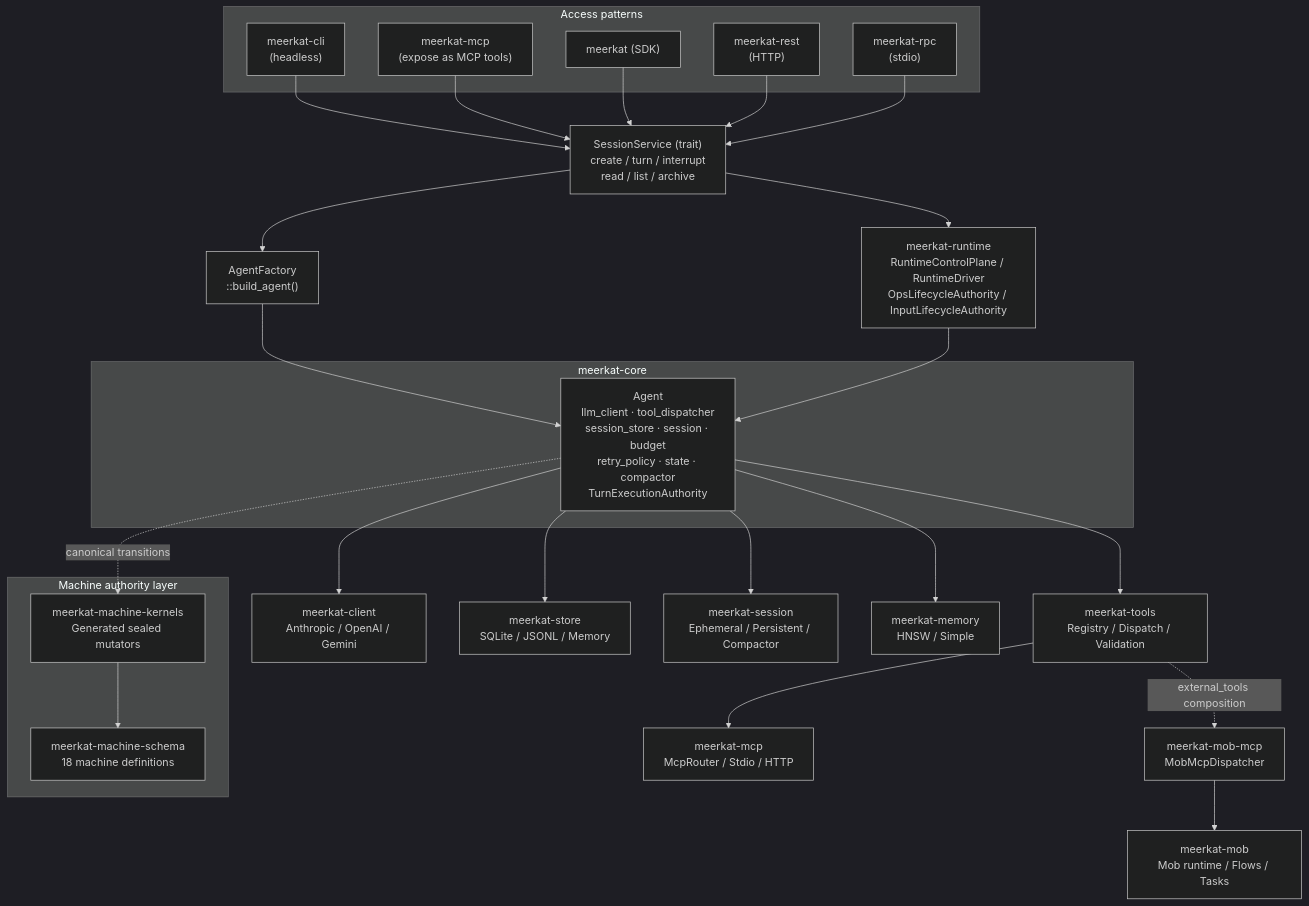
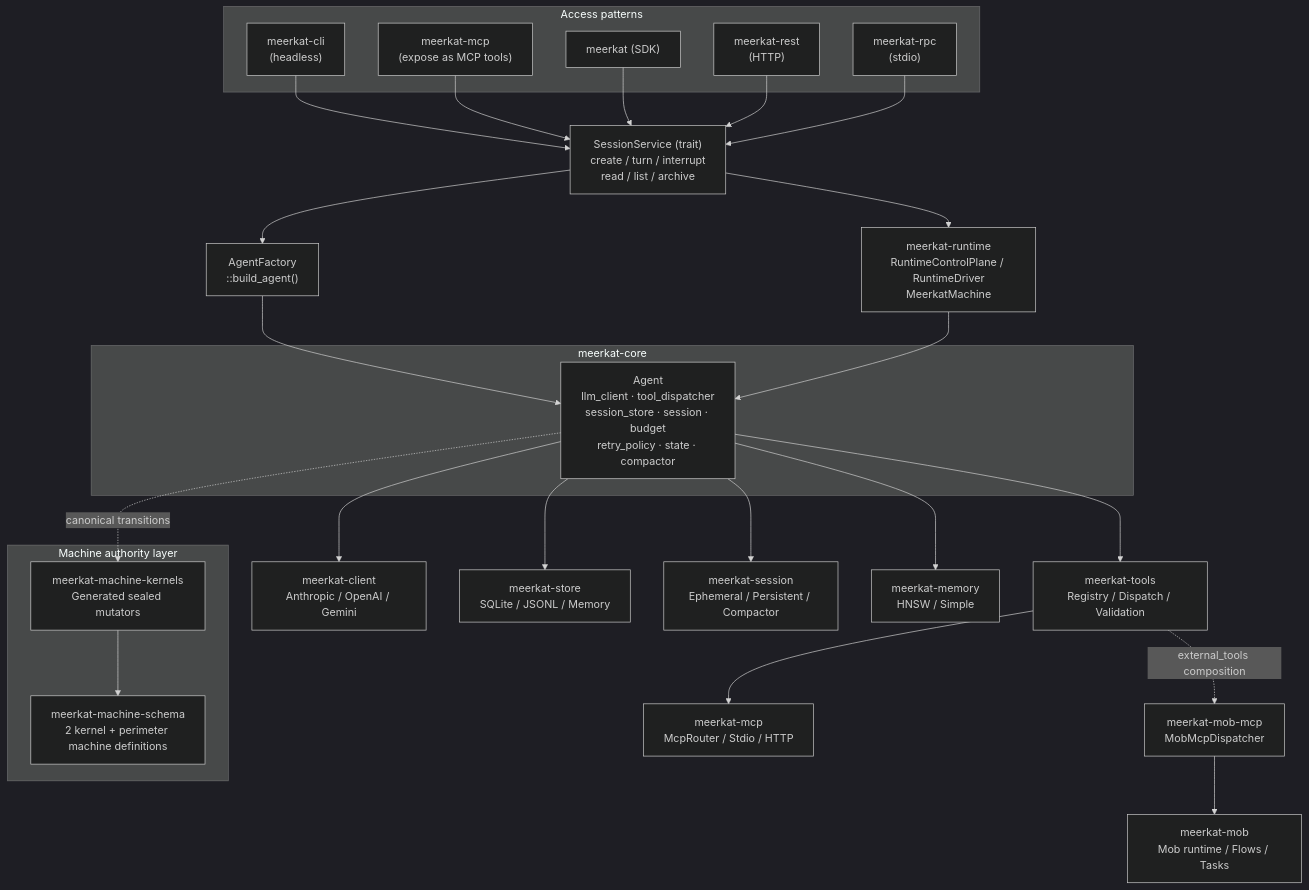
The second of 4 diagrams in docs/reference/architecture.mdx (lukacf/meerkat), drawn with Mermaid (dark theme) before and after one commit. The commit also changed other lines of this file and 5 other files, not shown here.

First line of the commit message:
Fix clippy warnings and update stale docs for two-kernel architecture

````diff
--- a/docs/reference/architecture.mdx
+++ b/docs/reference/architecture.mdx
@@ -116,54 +116,54 @@
 ```mermaid
 graph TD
     subgraph surfaces["Access patterns"]
         CLI["meerkat-cli<br/>(headless)"]
         MCPS["meerkat-mcp<br/>(expose as MCP tools)"]
         SDK["meerkat (SDK)"]
         REST["meerkat-rest<br/>(HTTP)"]
         RPC["meerkat-rpc<br/>(stdio)"]
     end
 
     SS["SessionService (trait)<br/>create / turn / interrupt<br/>read / list / archive"]
     AF["AgentFactory<br/>::build_agent()"]
 
     CLI --> SS
     MCPS --> SS
     SDK --> SS
     REST --> SS
     RPC --> SS
     SS --> AF
 
     subgraph core["meerkat-core"]
-        AGENT["Agent<br/>llm_client · tool_dispatcher<br/>session_store · session · budget<br/>retry_policy · state · compactor<br/>TurnExecutionAuthority"]
+        AGENT["Agent<br/>llm_client · tool_dispatcher<br/>session_store · session · budget<br/>retry_policy · state · compactor"]
     end
 
     subgraph authority["Machine authority layer"]
-        SCHEMA2["meerkat-machine-schema<br/>18 machine definitions"]
+        SCHEMA2["meerkat-machine-schema<br/>2 kernel + perimeter machine definitions"]
         KERNELS2["meerkat-machine-kernels<br/>Generated sealed mutators"]
     end
 
     AF --> AGENT
     AGENT -.->|canonical transitions| KERNELS2
     KERNELS2 --> SCHEMA2
 
-    RUNT["meerkat-runtime<br/>RuntimeControlPlane / RuntimeDriver<br/>OpsLifecycleAuthority / InputLifecycleAuthority"]
+    RUNT["meerkat-runtime<br/>RuntimeControlPlane / RuntimeDriver<br/>MeerkatMachine"]
     CLIENT["meerkat-client<br/>Anthropic / OpenAI / Gemini"]
     TOOLS["meerkat-tools<br/>Registry / Dispatch / Validation"]
     STORE["meerkat-store<br/>SQLite / JSONL / Memory"]
     SESSION["meerkat-session<br/>Ephemeral / Persistent / Compactor"]
     MEMORY["meerkat-memory<br/>HNSW / Simple"]
     MCP["meerkat-mcp<br/>McpRouter / Stdio / HTTP"]
     MOB["meerkat-mob<br/>Mob runtime / Flows / Tasks"]
     MOBMCP["meerkat-mob-mcp<br/>MobMcpDispatcher"]
 
     SS --> RUNT
     RUNT --> AGENT
     AGENT --> CLIENT
     AGENT --> TOOLS
     AGENT --> STORE
     AGENT --> SESSION
     AGENT --> MEMORY
     TOOLS --> MCP
     MOBMCP --> MOB
     TOOLS -.->|external_tools composition| MOBMCP
 ```
````
